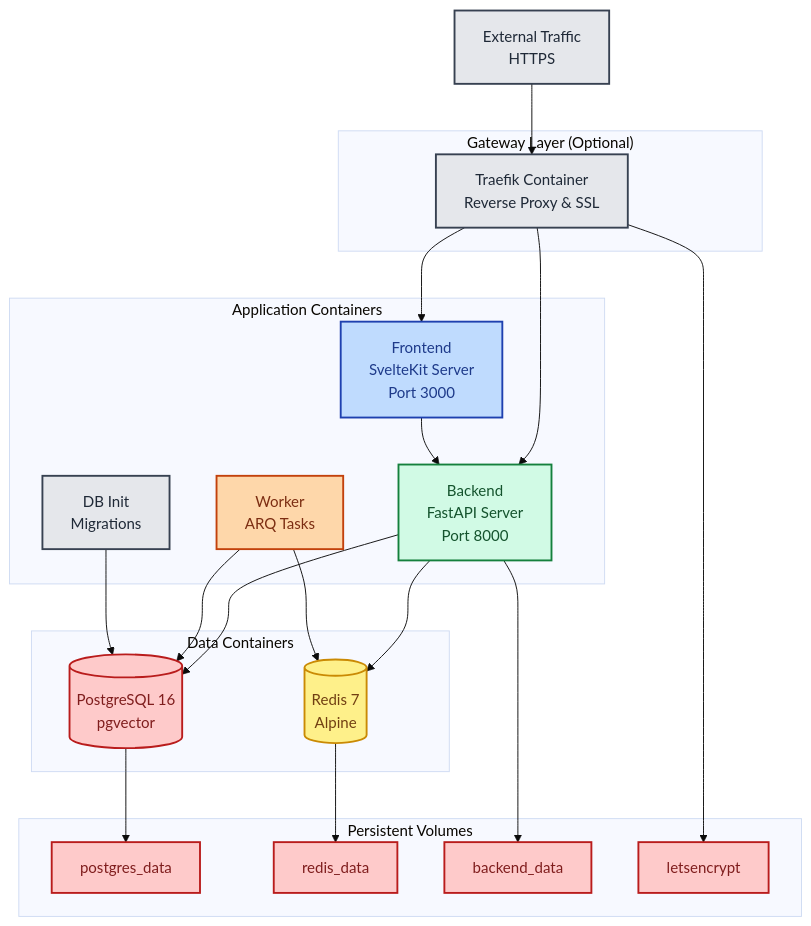
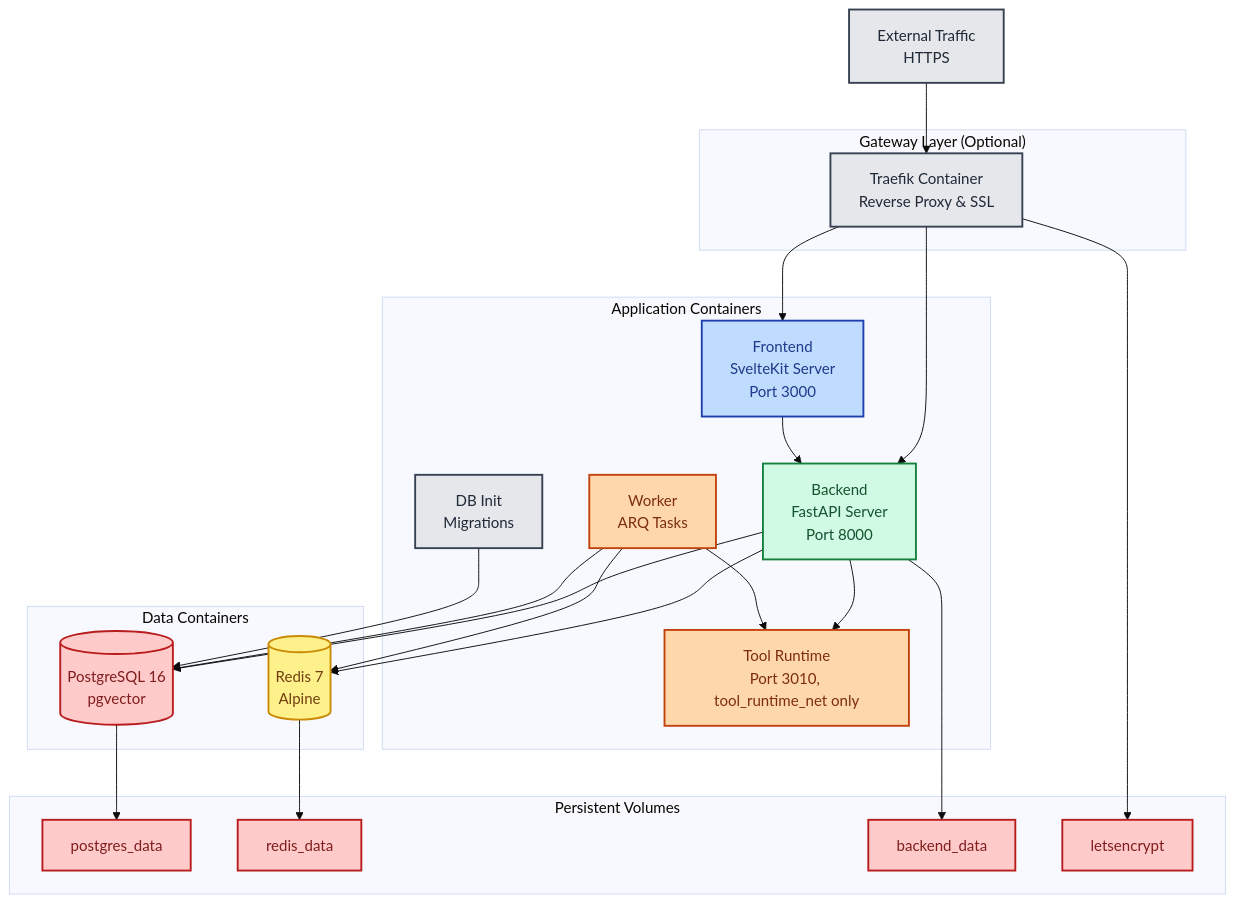
The seventh of 7 diagrams in docs/ARCHITECTURE.md (eneo-ai/eneo), drawn with Mermaid before and after one commit. The commit also changed other lines of this file and 16 other files, not shown here.

First line of the commit message:
docs(mcp): explain the tool architecture, the runtime split and its security model

````diff
--- a/docs/ARCHITECTURE.md
+++ b/docs/ARCHITECTURE.md
@@ -741,63 +768,67 @@
 ```mermaid
 %%{init: {'theme': 'base'}}%%
 graph TD
     classDef userFacing fill:#bfdbfe,stroke:#1e40af,stroke-width:2px,color:#1e3a8a
     classDef appLogic fill:#d1fae5,stroke:#15803d,stroke-width:2px,color:#14532d
     classDef dataStore fill:#fecaca,stroke:#b91c1c,stroke-width:2px,color:#7f1d1d
     classDef caching fill:#fef08a,stroke:#ca8a04,stroke-width:2px,color:#713f12
     classDef infra fill:#e5e7eb,stroke:#374151,stroke-width:2px,color:#1f2937
     classDef workers fill:#fed7aa,stroke:#c2410c,stroke-width:2px,color:#7c2d12
 
     EXT[External Traffic<br/>HTTPS]
 
     subgraph "Gateway Layer (Optional)"
         TRAEFIK[Traefik Container<br/>Reverse Proxy & SSL]
     end
 
     subgraph "Application Containers"
         FE[Frontend<br/>SvelteKit Server<br/>Port 3000]
         BE[Backend<br/>FastAPI Server<br/>Port 8000]
         WK[Worker<br/>ARQ Tasks]
+        TR[Tool Runtime<br/>Port 3010, tool_runtime_net only]
         INIT[DB Init<br/>Migrations]
     end
 
     subgraph "Data Containers"
         DB[(PostgreSQL 16<br/>pgvector)]
         REDIS[(Redis 7<br/>Alpine)]
     end
 
     subgraph "Persistent Volumes"
         DB_VOL[postgres_data]
         REDIS_VOL[redis_data]
         BACKEND_VOL[backend_data]
         CERT_VOL[letsencrypt]
     end
 
     EXT --> TRAEFIK
     TRAEFIK --> FE
     TRAEFIK --> BE
 
     FE --> BE
     BE --> DB
     BE --> REDIS
 
     WK --> REDIS
     WK --> DB
 
+    BE --> TR
+    WK --> TR
+
     INIT --> DB
 
     DB --> DB_VOL
     REDIS --> REDIS_VOL
     BE --> BACKEND_VOL
     TRAEFIK --> CERT_VOL
 
     class EXT infra
     class TRAEFIK infra
     class FE userFacing
     class BE appLogic
-    class WK workers
+    class WK,TR workers
     class INIT infra
     class DB dataStore
     class REDIS caching
     class DB_VOL,REDIS_VOL,BACKEND_VOL,CERT_VOL dataStore
 ```
````
